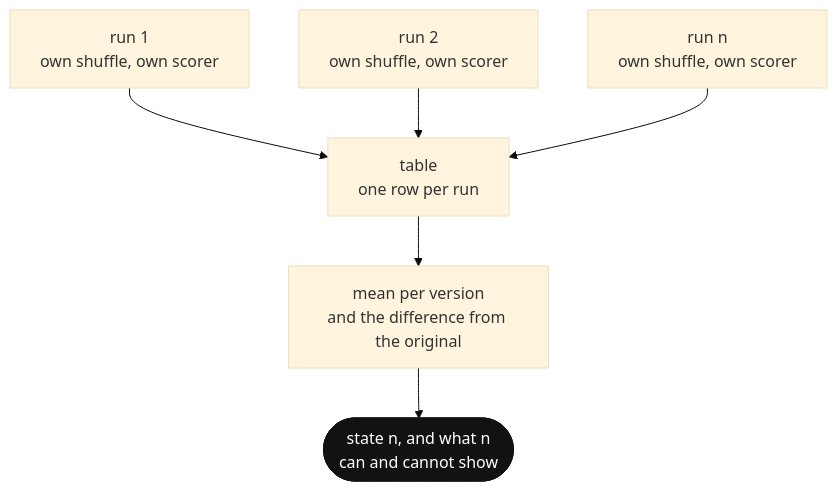
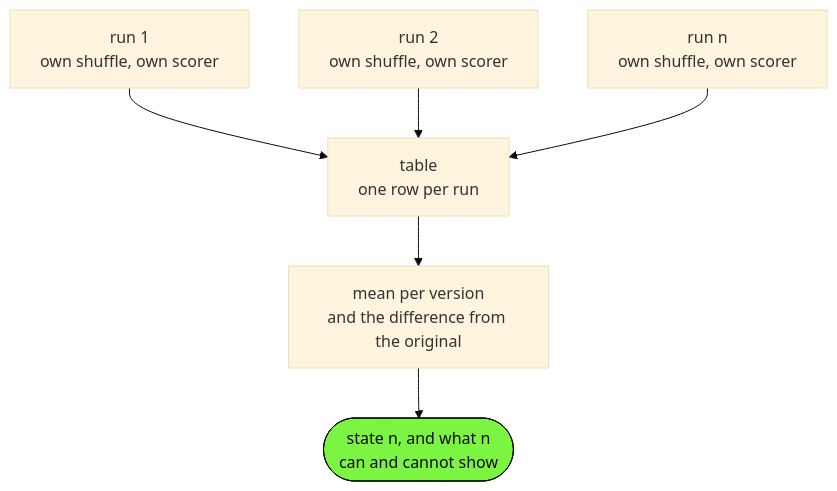
The diagram in research/blind-scoring/figures/per-run-report.mmd (shashank-sn/workflows), drawn with Mermaid (base theme) before and after one commit. The commit also changed 63 other files, not shown here.

```diff
--- a/research/blind-scoring/figures/per-run-report.mmd
+++ b/research/blind-scoring/figures/per-run-report.mmd
@@ -1,9 +1,9 @@
 %% every run gets its own shuffle and scorer, then the report shows each run and the mean
 flowchart TB
   A["run 1<br/>own shuffle, own scorer"] --> T["table<br/>one row per run"]
   B["run 2<br/>own shuffle, own scorer"] --> T
   C["run n<br/>own shuffle, own scorer"] --> T
   T --> M["mean per version<br/>and the difference from the original"]
   M --> N(["state n, and what n<br/>can and cannot show"])
-  classDef ink fill:#121212,color:#ffffff,stroke:#121212
-  class N ink
+  classDef key fill:#7cf542,color:#0a0a0a,stroke:#0a0a0a
+  class N key
```
